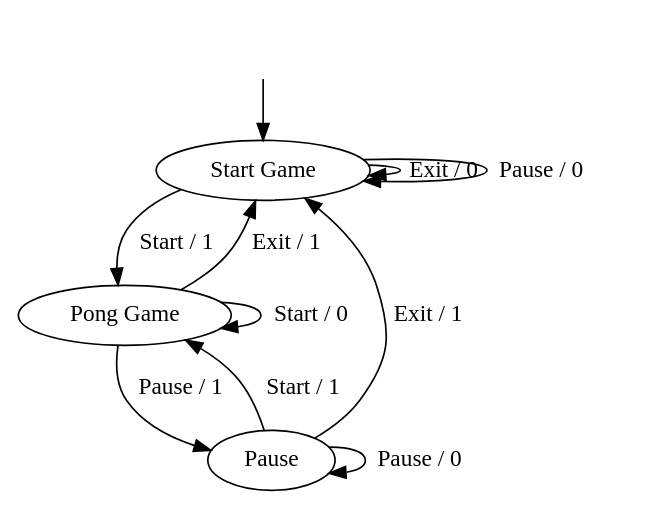
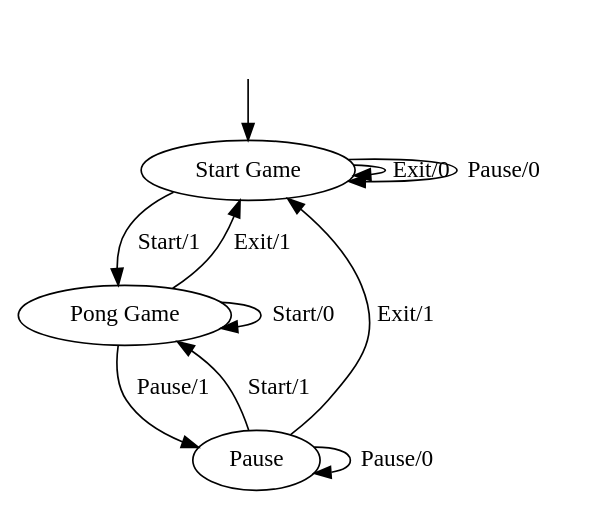
The diagram in FFSM_diff/dot-files/pong.dot (GianniM123/FFSM_fingerprint), drawn with Graphviz before and after one commit. The commit also changed 13 other files, not shown here.

```diff
--- a/FFSM_diff/dot-files/pong.dot
+++ b/FFSM_diff/dot-files/pong.dot
@@ -1,20 +1,20 @@
 digraph{
     graph [version="pong"];
 
 __start0 [label="" shape="none"];
 __start0 -> "Start Game";
 
 "Start Game"
 "Pong Game"
 "Pause"
 
-"Start Game" -> "Pong Game" [label="Start / 1"]
-"Start Game" -> "Start Game" [label="Exit / 0"]
-"Start Game" -> "Start Game" [label="Pause / 0"] 
-"Pong Game" -> "Pong Game" [label="Start / 0"] 
-"Pong Game" -> "Start Game" [label="Exit / 1"]
-"Pong Game" -> "Pause" [label="Pause / 1"]
-"Pause"  -> "Pong Game" [label="Start / 1"]
-"Pause"  -> "Start Game" [label="Exit / 1"]
-"Pause"  -> "Pause" [label="Pause / 0"] 
+"Start Game" -> "Pong Game" [label="Start/1"]
+"Start Game" -> "Start Game" [label="Exit/0"]
+"Start Game" -> "Start Game" [label="Pause/0"] 
+"Pong Game" -> "Pong Game" [label="Start/0"] 
+"Pong Game" -> "Start Game" [label="Exit/1"]
+"Pong Game" -> "Pause" [label="Pause/1"]
+"Pause"  -> "Pong Game" [label="Start/1"]
+"Pause"  -> "Start Game" [label="Exit/1"]
+"Pause"  -> "Pause" [label="Pause/0"] 
 }
```
